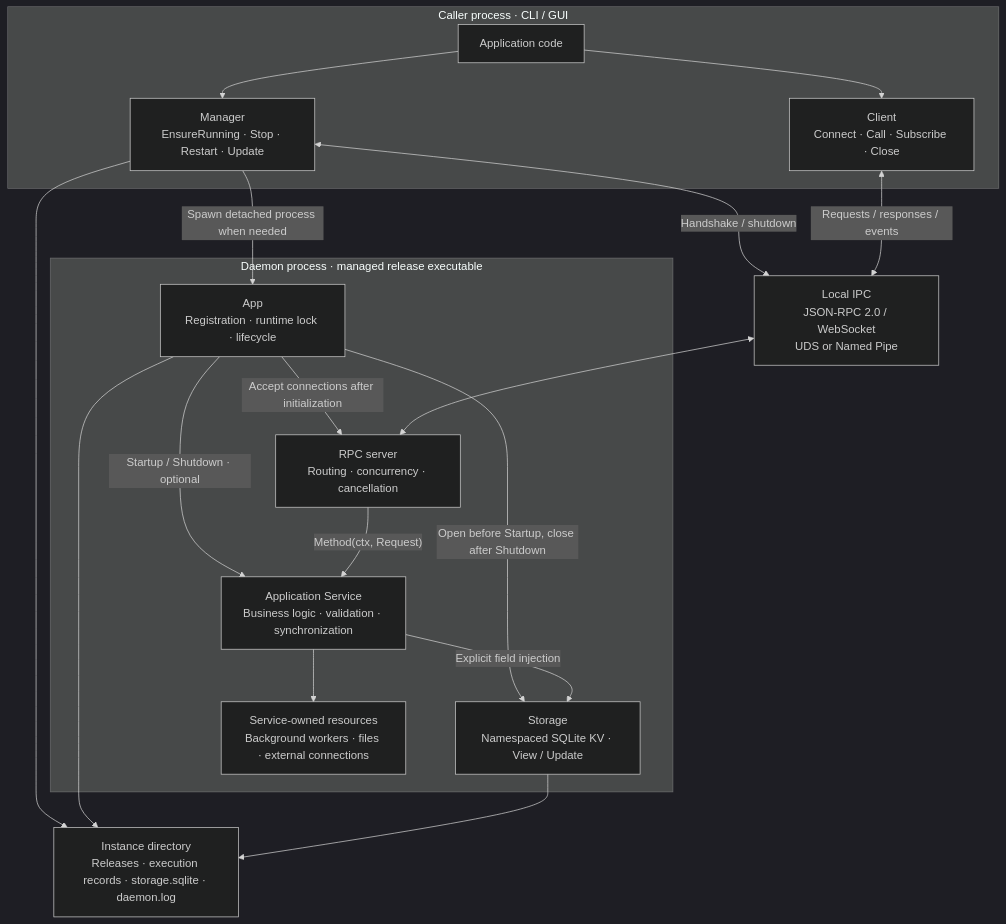
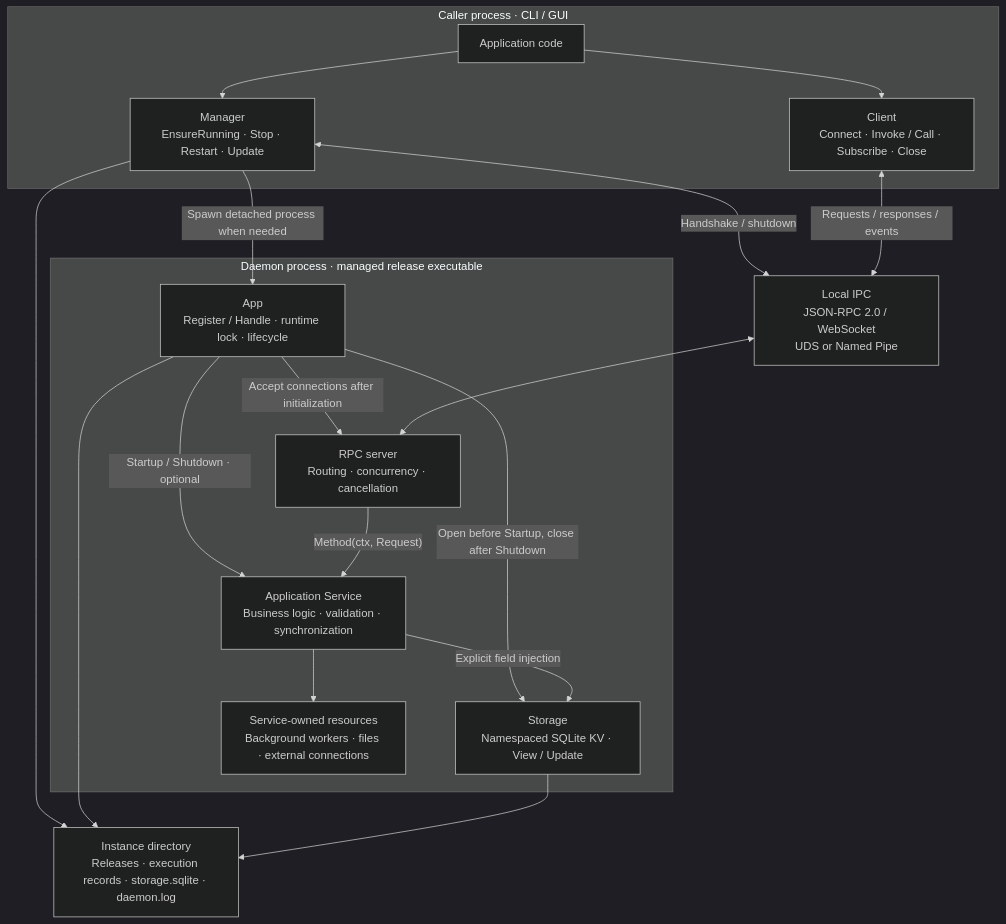
One commit to 134130/go-daemonkit changed the first of 3 diagrams in README.md. Above: the diagram before and after it, drawn with Mermaid (dark theme). The commit also changed other lines of this file and 13 other files, not shown here.

````diff
--- a/README.md
+++ b/README.md
@@ -12,35 +12,35 @@
 ```mermaid
 flowchart TB
     subgraph caller["Caller process · CLI / GUI"]
         UI["Application code"]
         Manager["Manager<br/>EnsureRunning · Stop · Restart · Update"]
-        Client["Client<br/>Connect · Call · Subscribe · Close"]
+        Client["Client<br/>Connect · Invoke / Call · Subscribe · Close"]
         UI --> Manager
         UI --> Client
     end
 
     IPC["Local IPC<br/>JSON-RPC 2.0 / WebSocket<br/>UDS or Named Pipe"]
 
     subgraph daemon["Daemon process · managed release executable"]
-        App["App<br/>Registration · runtime lock · lifecycle"]
+        App["App<br/>Register / Handle · runtime lock · lifecycle"]
         RPC["RPC server<br/>Routing · concurrency · cancellation"]
         Service["Application Service<br/>Business logic · validation · synchronization"]
         Storage["Storage<br/>Namespaced SQLite KV · View / Update"]
         App -->|"Open before Startup, close after Shutdown"| Storage
         Service -->|"Explicit field injection"| Storage
         Resources["Service-owned resources<br/>Background workers · files · external connections"]
         App -->|"Startup / Shutdown · optional"| Service
         App -->|"Accept connections after initialization"| RPC
         RPC -->|"Method(ctx, Request)"| Service
         Service --> Resources
     end
 
     State["Instance directory<br/>Releases · execution records · storage.sqlite · daemon.log"]
     Manager -->|"Spawn detached process when needed"| App
     Manager <-->|"Handshake / shutdown"| IPC
     Client <-->|"Requests / responses / events"| IPC
     IPC <--> RPC
     Manager --> State
     App --> State
     Storage --> State
 ```
````
